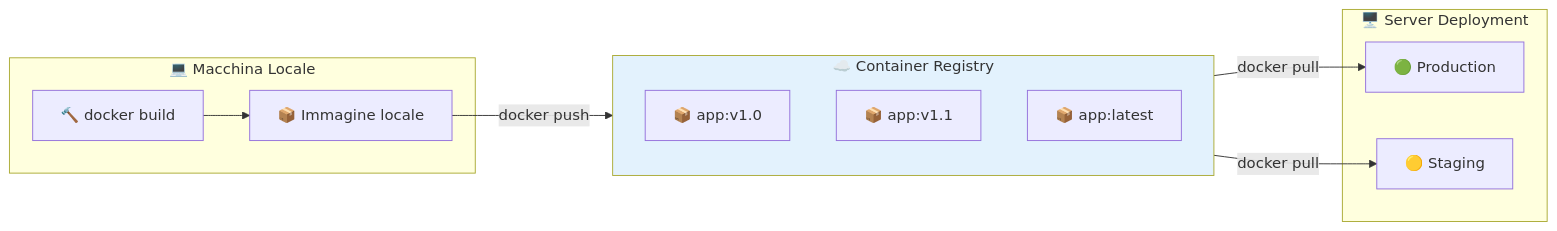
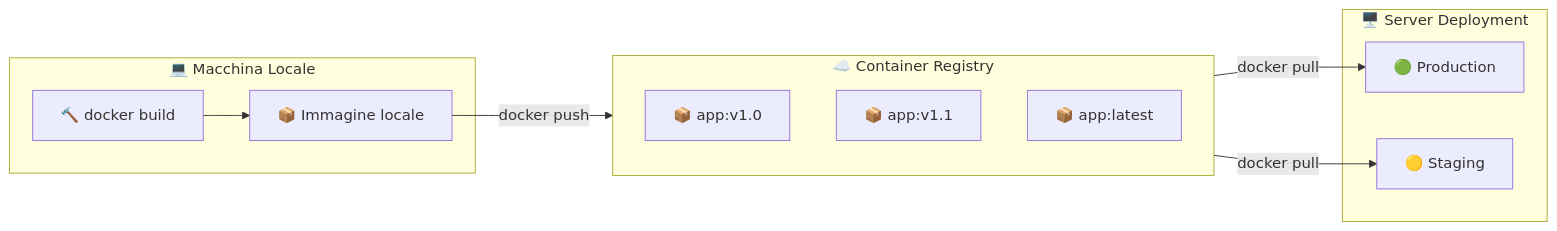
The seventh of 25 diagrams in appunti.md (lucadileo9/dev-experiments), drawn with Mermaid before and after one commit. The commit also changed other lines of this file, not shown here.

````diff
--- a/appunti.md
+++ b/appunti.md
@@ -323,23 +329,22 @@
 ```mermaid
 flowchart LR
     subgraph Local["💻 Macchina Locale"]
         B["🔨 docker build"] --> I["📦 Immagine locale"]
     end
     
     subgraph Registry["☁️ Container Registry"]
         R1["📦 app:v1.0"]
         R2["📦 app:v1.1"]
         R3["📦 app:latest"]
     end
     
     subgraph Servers["🖥️ Server Deployment"]
         S1["🟢 Production"]
         S2["🟡 Staging"]
     end
     
     I -->|"docker push"| Registry
     Registry -->|"docker pull"| S1
     Registry -->|"docker pull"| S2
     
-    style Registry fill:#e3f2fd
 ```
````
